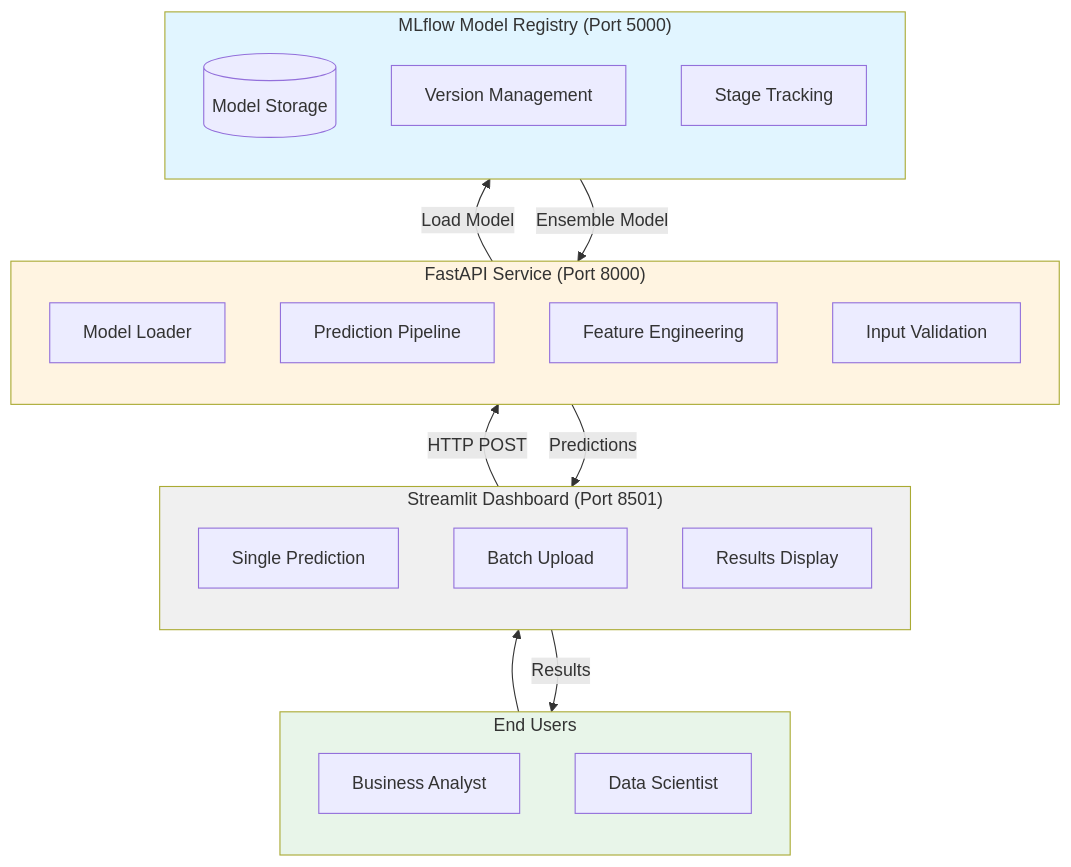
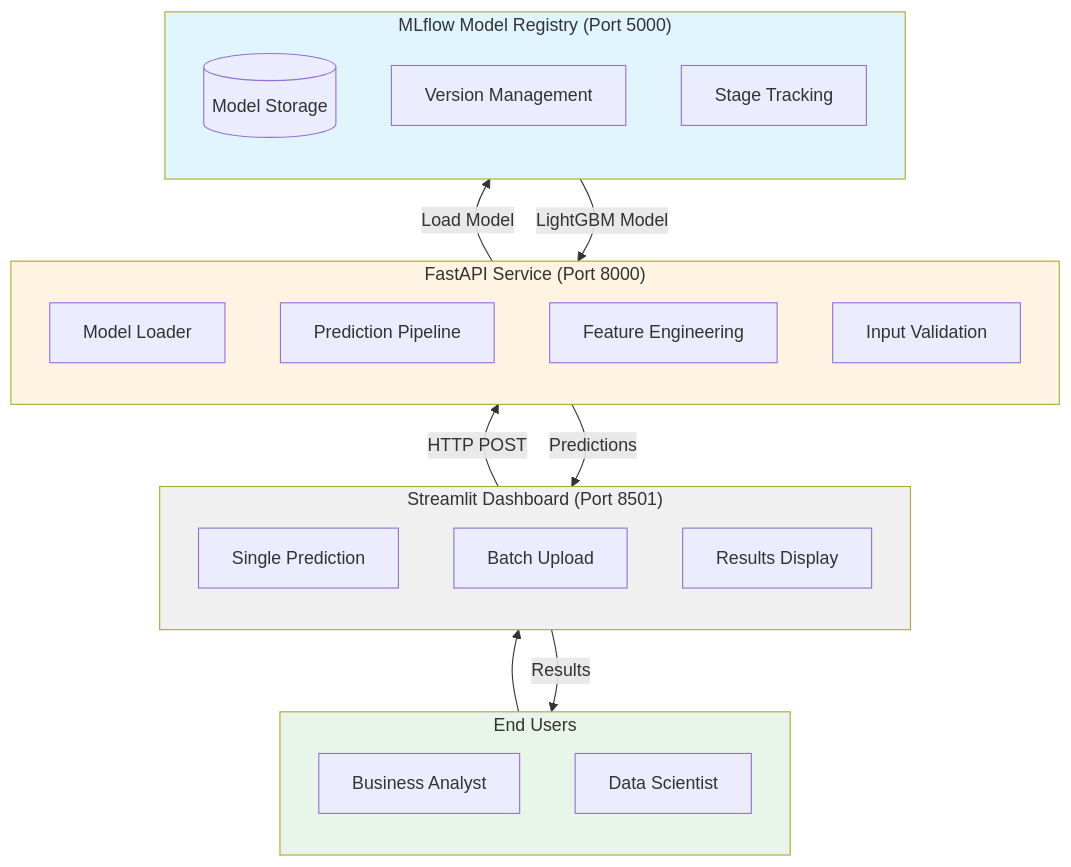
The first of 3 diagrams in docs/deployment/overview.md (bradleyboehmke/uc-bana-7075-reference-system), drawn with Mermaid before and after one commit. The commit also changed other lines of this file and 71 other files, not shown here.

First line of the commit message:
REF-04: Simplify to a single LightGBM model

````diff
--- a/docs/deployment/overview.md
+++ b/docs/deployment/overview.md
@@ -42,40 +42,40 @@
 ```mermaid
 flowchart BT
     subgraph Registry["MLflow Model Registry (Port 5000)"]
         MR[(Model Storage)]
         MV[Version Management]
         MS[Stage Tracking]
     end
 
     subgraph API["FastAPI Service (Port 8000)"]
         direction TB
         ML[Model Loader]
         PP[Prediction Pipeline]
         FE[Feature Engineering]
         VAL[Input Validation]
     end
 
     subgraph UI["Streamlit Dashboard (Port 8501)"]
         direction TB
         SP[Single Prediction]
         BP[Batch Upload]
         VIZ[Results Display]
     end
 
     subgraph User["End Users"]
         BU[Business Analyst]
         DS[Data Scientist]
     end
 
     User --> UI
     UI -->|HTTP POST| API
     API -->|Load Model| Registry
-    Registry -->|Ensemble Model| API
+    Registry -->|LightGBM Model| API
     API -->|Predictions| UI
     UI -->|Results| User
 
     style Registry fill:#e1f5ff
     style API fill:#fff4e1
     style UI fill:#f0f0f0
     style User fill:#e8f5e9
 ```
````
